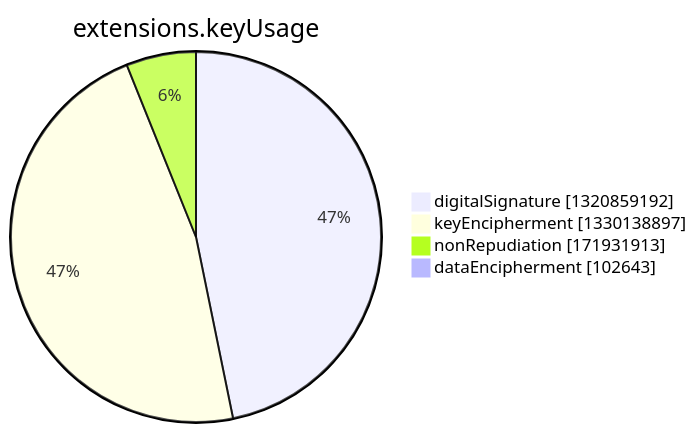
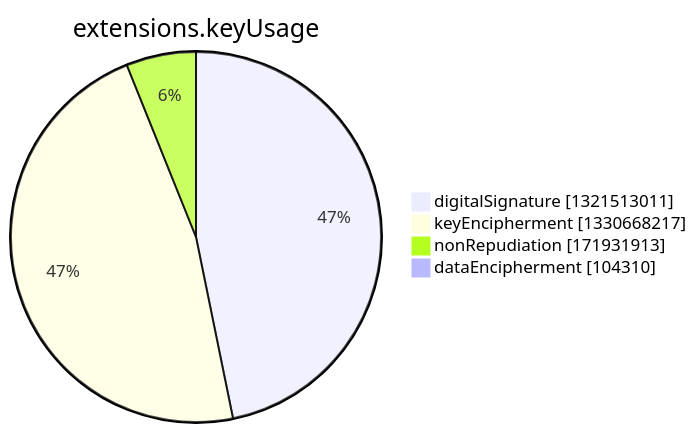
The seventh of 15 diagrams in argon2022/README.md (christiankrug/ctmonitor_visualization), drawn with Mermaid before and after one commit. The commit also changed other lines of this file, not shown here.

````diff
--- a/argon2022/README.md
+++ b/argon2022/README.md
@@ -2750,8 +2750,8 @@
 ```mermaid
 pie showData
 title extensions.keyUsage
-"digitalSignature" :1320859192
-"keyEncipherment" :1330138897
+"digitalSignature" :1321513011
+"keyEncipherment" :1330668217
 "nonRepudiation" :171931913
-"dataEncipherment" :102643
+"dataEncipherment" :104310
 ```
````
